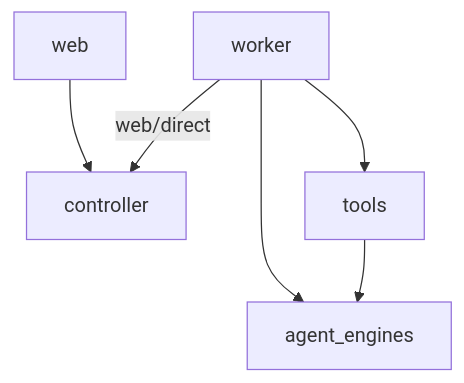
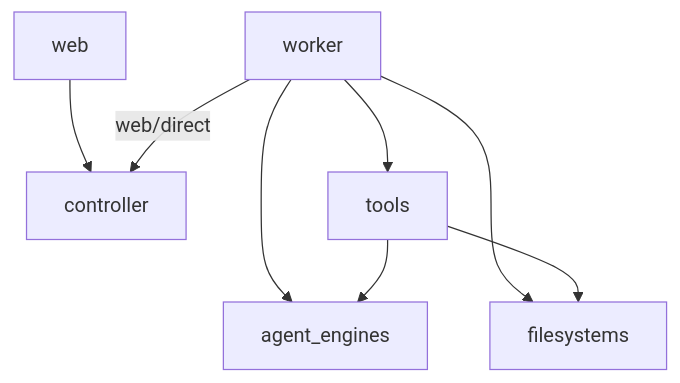
Before and after one commit to open-shipyard/robinauts: the diagram in docs/architecture/rules.md, drawn with Mermaid. The commit also changed other lines of this file and 32 other files, not shown here.

````diff
--- a/docs/architecture/rules.md
+++ b/docs/architecture/rules.md
@@ -17,8 +18,10 @@
 ```mermaid
 flowchart TD
     web --> controller
     worker -- "web/direct" --> controller
     worker --> tools
     worker --> agent_engines
+    worker --> filesystems
     tools --> agent_engines
+    tools --> filesystems
 ```
````
